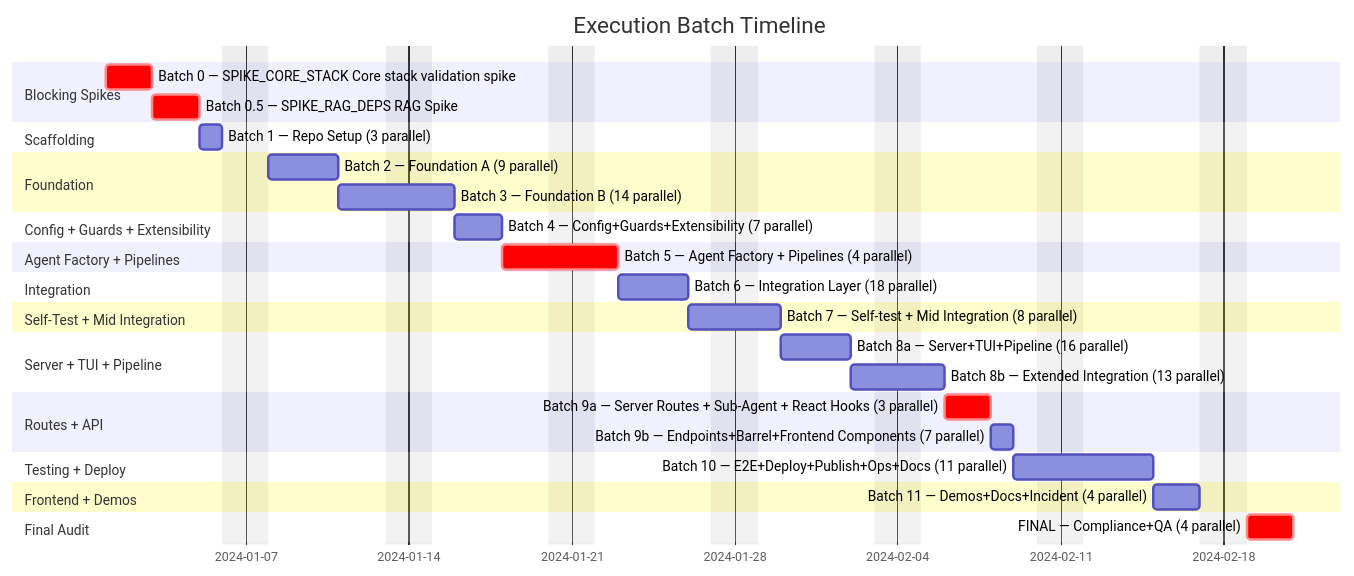
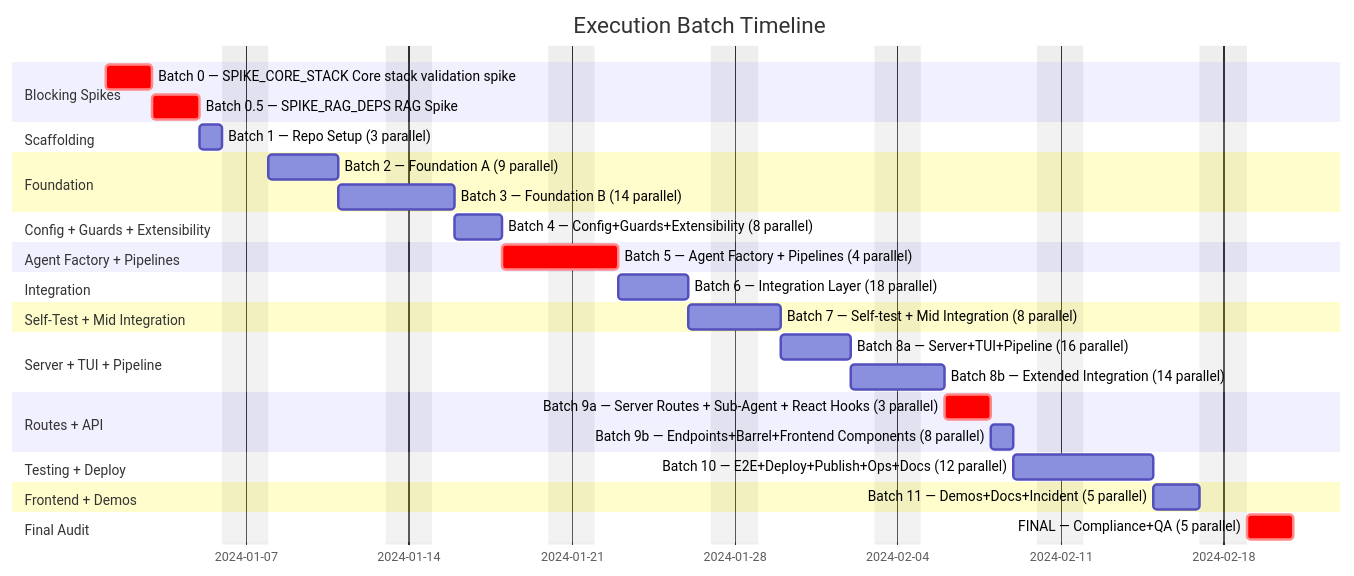
The first of 10 diagrams in plan/execution.md (1qh/safeagent), drawn with Mermaid before and after one commit. The commit also changed other lines of this file and 9 other files, not shown here.

````diff
--- a/plan/execution.md
+++ b/plan/execution.md
@@ -34,46 +28,46 @@
 ```mermaid
 gantt
     title Execution Batch Timeline
     dateFormat YYYY-MM-DD
     excludes weekends
 
     section Blocking Spikes
     Batch 0 — SPIKE_CORE_STACK Core stack validation spike          :crit, SPIKE_CORE_STACK_GATE, 2024-01-01, 2d
     Batch 0.5 — SPIKE_RAG_DEPS RAG Spike               :crit, SPIKE_RAG_DEPENDENCY_GATE, after SPIKE_CORE_STACK_GATE, 2d
 
     section Scaffolding
     Batch 1 — Repo Setup (3 parallel)           :SCAFFOLDING_BATCH, after SPIKE_RAG_DEPENDENCY_GATE, 1d
 
     section Foundation
     Batch 2 — Foundation A (9 parallel)          :FOUNDATION_A_BATCH, after SCAFFOLDING_BATCH, 3d
     Batch 3 — Foundation B (14 parallel)         :FOUNDATION_B_BATCH, after FOUNDATION_A_BATCH, 3d
 
     section Config + Guards + Extensibility
-    Batch 4 — Config+Guards+Extensibility (7 parallel)         :CONFIG_GUARDS_BATCH, after FOUNDATION_B_BATCH, 2d
+    Batch 4 — Config+Guards+Extensibility (8 parallel)         :CONFIG_GUARDS_BATCH, after FOUNDATION_B_BATCH, 2d
 
     section Agent Factory + Pipelines
     Batch 5 — Agent Factory + Pipelines (4 parallel)      :crit, AGENT_PIPELINE_BATCH, after CONFIG_GUARDS_BATCH, 3d
 
     section Integration
     Batch 6 — Integration Layer (18 parallel)    :INTEGRATION_BATCH, after AGENT_PIPELINE_BATCH, 3d
 
     section Self-Test + Mid Integration
     Batch 7 — Self-test + Mid Integration (8 parallel):SELFTEST_MIDINTEGRATION_BATCH, after INTEGRATION_BATCH, 2d
 
     section Server + TUI + Pipeline
     Batch 8a — Server+TUI+Pipeline (16 parallel) :SERVER_TUI_PIPELINE_BATCH, after SELFTEST_MIDINTEGRATION_BATCH, 3d
-    Batch 8b — Extended Integration (13 parallel) :EXTENDED_INTEGRATION_BATCH, after SERVER_TUI_PIPELINE_BATCH, 2d
+    Batch 8b — Extended Integration (14 parallel) :EXTENDED_INTEGRATION_BATCH, after SERVER_TUI_PIPELINE_BATCH, 2d
 
     section Routes + API
     Batch 9a — Server Routes + Sub-Agent + React Hooks (3 parallel)      :crit, SERVER_ROUTES_SUBAGENT_BATCH, after EXTENDED_INTEGRATION_BATCH, 2d
-    Batch 9b — Endpoints+Barrel+Frontend Components (7 parallel)     :ENDPOINTS_BARREL_BATCH, after SERVER_ROUTES_SUBAGENT_BATCH, 1d
+    Batch 9b — Endpoints+Barrel+Frontend Components (8 parallel)     :ENDPOINTS_BARREL_BATCH, after SERVER_ROUTES_SUBAGENT_BATCH, 1d
 
     section Testing + Deploy
-    Batch 10 — E2E+Deploy+Publish+Ops+Docs (11 parallel)   :E2E_DEPLOY_BATCH, after ENDPOINTS_BARREL_BATCH, 4d
+    Batch 10 — E2E+Deploy+Publish+Ops+Docs (12 parallel)   :E2E_DEPLOY_BATCH, after ENDPOINTS_BARREL_BATCH, 4d
 
     section Frontend + Demos
-    Batch 11 — Demos+Docs+Incident (4 parallel)              :FRONTEND_DEMOS_BATCH, after E2E_DEPLOY_BATCH, 2d
+    Batch 11 — Demos+Docs+Incident (5 parallel)              :FRONTEND_DEMOS_BATCH, after E2E_DEPLOY_BATCH, 2d
 
     section Final Audit
-    FINAL — Compliance+QA (4 parallel)          :crit, FINAL_AUDIT_BATCH, after FRONTEND_DEMOS_BATCH, 2d
+    FINAL — Compliance+QA (5 parallel)          :crit, FINAL_AUDIT_BATCH, after FRONTEND_DEMOS_BATCH, 2d
 ```
````
